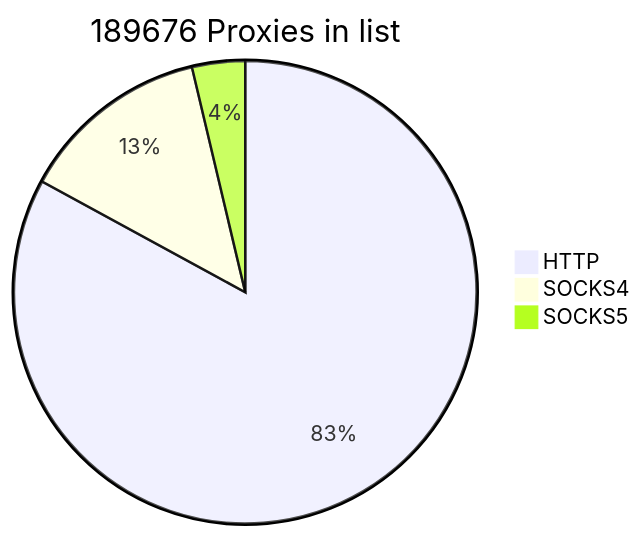
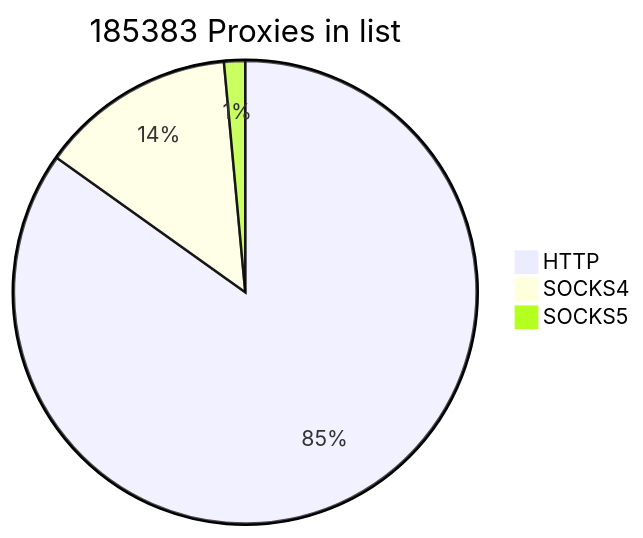
The first of 2 diagrams in README.md (cutipu/proxylist), drawn with Mermaid before and after one commit. The commit also changed other lines of this file, not shown here.

````diff
--- a/README.md
+++ b/README.md
@@ -2,7 +2,7 @@
 ```mermaid
-pie title 189676 Proxies in list
+pie title 185383 Proxies in list
     "HTTP" : 157323
-    "SOCKS4" : 25330
-    "SOCKS5" : 7023
+    "SOCKS4" : 25329
+    "SOCKS5" : 2731
             
 ```
````
